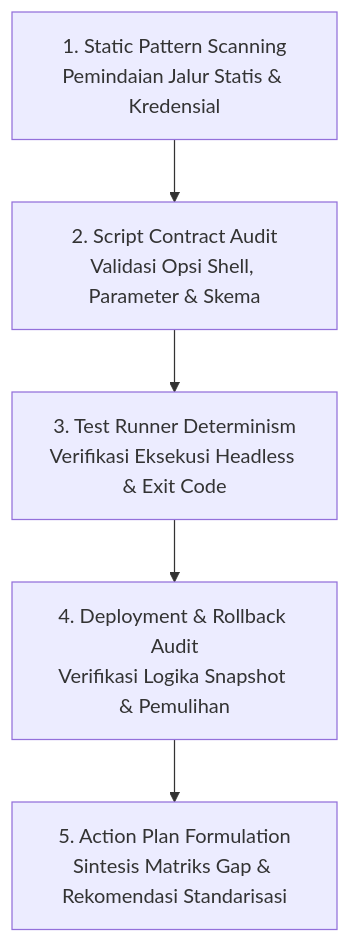
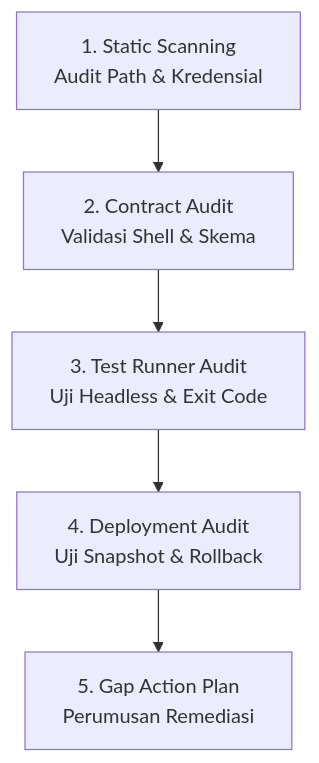
The first of 3 diagrams in docs/projects/tomcat-monitoring/engineering-journal/continuous-integration-and-deployment/TN-002-audit-and-standardize-repositories-for-production-plug-and-play-readiness.md (edkas07-oss/devops-handbook), drawn with Mermaid before and after one commit. The commit also changed other lines of this file, not shown here.

Commit message:
docs(tm): shorten and wrap mermaid node labels in TN-002 to prevent clipping

````diff
--- a/docs/projects/tomcat-monitoring/engineering-journal/continuous-integration-and-deployment/TN-002-audit-and-standardize-repositories-for-production-plug-and-play-readiness.md
+++ b/docs/projects/tomcat-monitoring/engineering-journal/continuous-integration-and-deployment/TN-002-audit-and-standardize-repositories-for-production-plug-and-play-readiness.md
@@ -92,7 +92,7 @@
 ```mermaid
 flowchart TD
-    M1["1. Static Pattern Scanning<br/>Pemindaian Jalur Statis & Kredensial"] --> M2["2. Script Contract Audit<br/>Validasi Opsi Shell, Parameter & Skema"]
-    M2 --> M3["3. Test Runner Determinism<br/>Verifikasi Eksekusi Headless & Exit Code"]
-    M3 --> M4["4. Deployment & Rollback Audit<br/>Verifikasi Logika Snapshot & Pemulihan"]
-    M4 --> M5["5. Action Plan Formulation<br/>Sintesis Matriks Gap & Rekomendasi Standarisasi"]
+    M1["1. Static Scanning<br/>Audit Path & Kredensial"] --> M2["2. Contract Audit<br/>Validasi Shell & Skema"]
+    M2 --> M3["3. Test Runner Audit<br/>Uji Headless & Exit Code"]
+    M3 --> M4["4. Deployment Audit<br/>Uji Snapshot & Rollback"]
+    M4 --> M5["5. Gap Action Plan<br/>Perumusan Remediasi"]
 ```
````
